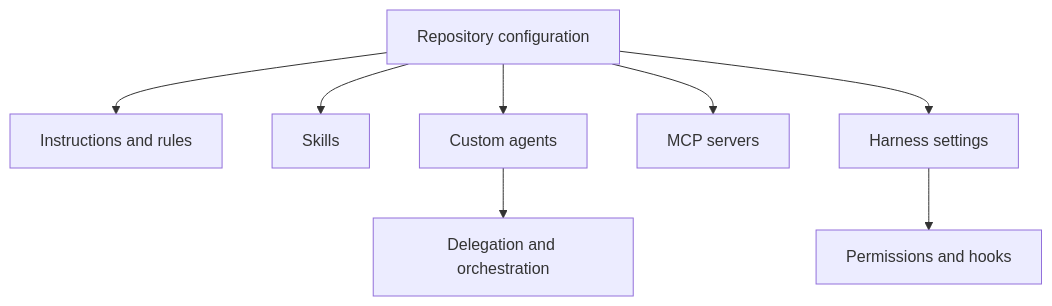
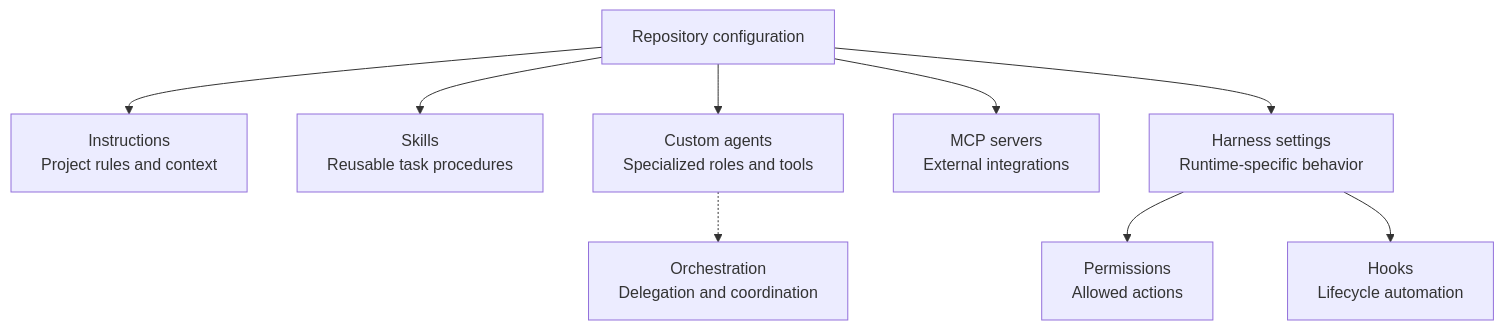
The diagram in content/articles/from-copilot-to-opencode-configuration-portability.md (lfarci/loganfarci.com), drawn with Mermaid before and after one commit. The commit also changed other lines of this file, not shown here.

Commit message:
docs: clarify configuration diagram with definitions and runtime distinctions

````diff
--- a/content/articles/from-copilot-to-opencode-configuration-portability.md
+++ b/content/articles/from-copilot-to-opencode-configuration-portability.md
@@ -51,10 +51,12 @@
 ```mermaid
 flowchart TD
-    R["Repository configuration"] --> I["Instructions and rules"]
-    R --> S["Skills"]
-    R --> A["Custom agents"]
-    R --> M["MCP servers"]
-    R --> H["Harness settings"]
-    H --> P["Permissions and hooks"]
-    A --> O["Delegation and orchestration"]
+    R["Repository configuration"]
+    R --> I["Instructions<br/>Project rules and context"]
+    R --> S["Skills<br/>Reusable task procedures"]
+    R --> A["Custom agents<br/>Specialized roles and tools"]
+    R --> M["MCP servers<br/>External integrations"]
+    R --> H["Harness settings<br/>Runtime-specific behavior"]
+    H --> P["Permissions<br/>Allowed actions"]
+    H --> K["Hooks<br/>Lifecycle automation"]
+    A -.-> O["Orchestration<br/>Delegation and coordination"]
 ```
````
